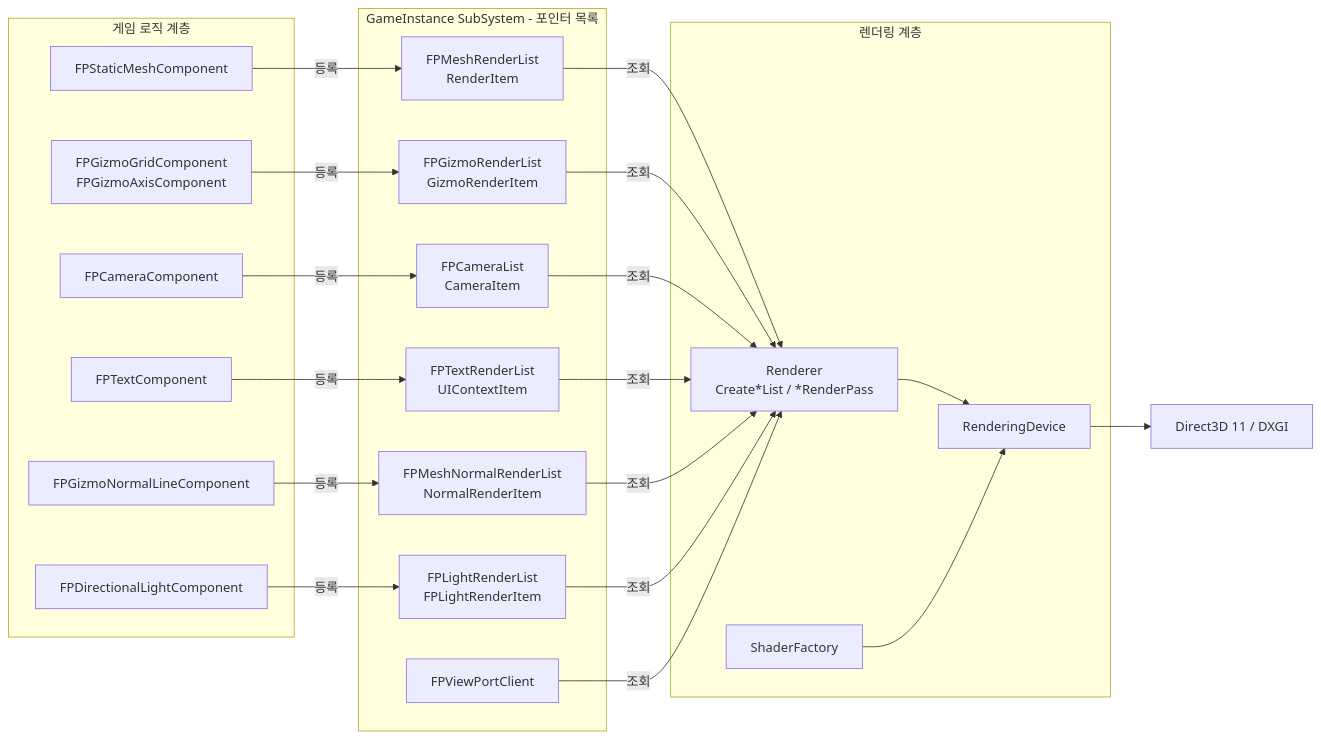
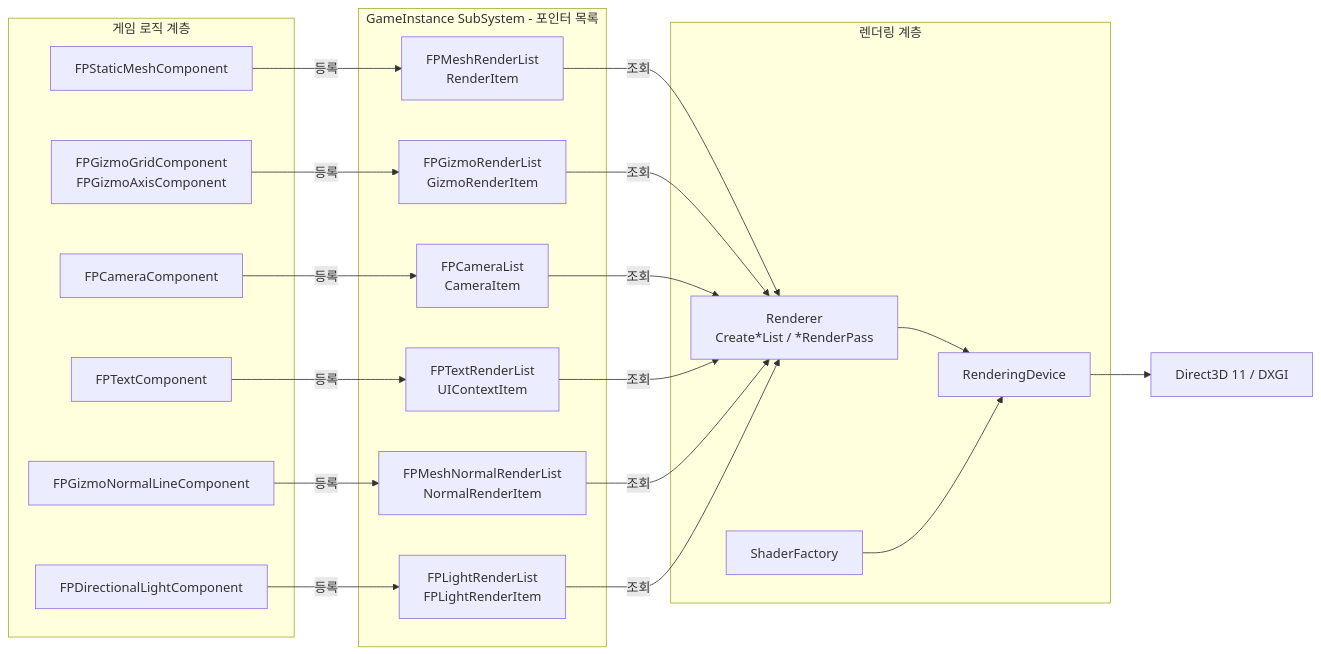
Before and after one commit to Gat-Young/ForestPearlEngine: the fifth of 22 diagrams in README.md, drawn with Mermaid. The commit also changed other lines of this file, not shown here.

````diff
--- a/README.md
+++ b/README.md
@@ -549,41 +555,39 @@
 ```mermaid
 flowchart LR
     subgraph GAMESIDE["게임 로직 계층"]
         SM["FPStaticMeshComponent"]
         GZ["FPGizmoGridComponent<br/>FPGizmoAxisComponent"]
         NL["FPGizmoNormalLineComponent"]
         LT["FPDirectionalLightComponent"]
         CAM["FPCameraComponent"]
         TXT["FPTextComponent"]
     end
     subgraph LISTS["GameInstance SubSystem - 포인터 목록"]
         ML["FPMeshRenderList<br/>RenderItem"]
         GL["FPGizmoRenderList<br/>GizmoRenderItem"]
         CL["FPCameraList<br/>CameraItem"]
         TL["FPTextRenderList<br/>UIContextItem"]
         NRL["FPMeshNormalRenderList<br/>NormalRenderItem"]
         LRL["FPLightRenderList<br/>FPLightRenderItem"]
-        VP["FPViewPortClient"]
     end
     subgraph RENDER["렌더링 계층"]
         RD["Renderer<br/>Create*List / *RenderPass"]
         DEV["RenderingDevice"]
         SF["ShaderFactory"]
     end
     SM -->|"등록"| ML
     GZ -->|"등록"| GL
     CAM -->|"등록"| CL
     TXT -->|"등록"| TL
     NL -->|"등록"| NRL
     LT -->|"등록"| LRL
     ML -->|"조회"| RD
     GL -->|"조회"| RD
     CL -->|"조회"| RD
     TL -->|"조회"| RD
     NRL -->|"조회"| RD
     LRL -->|"조회"| RD
-    VP -->|"조회"| RD
     RD --> DEV
     SF --> DEV
     DEV --> D3D["Direct3D 11 / DXGI"]
 ```
````
